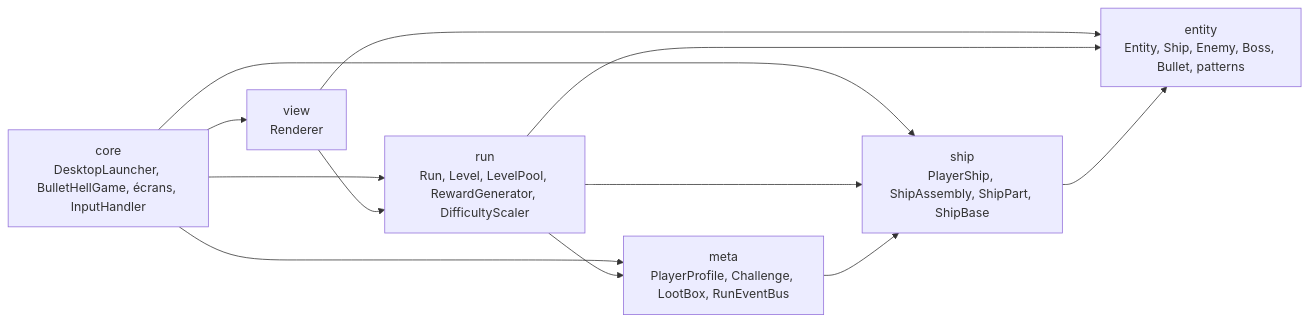
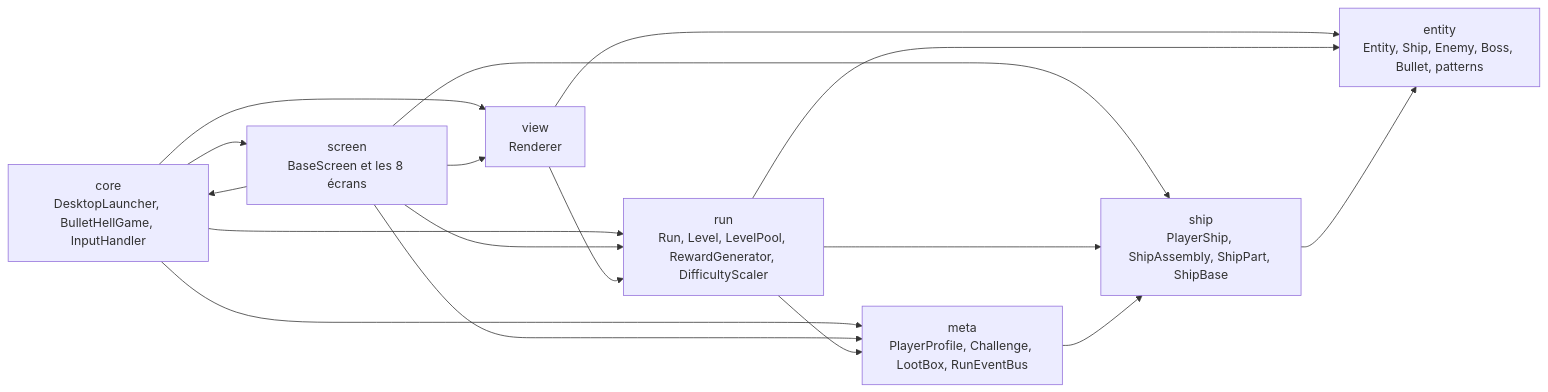
The second of 13 diagrams in content/2D-Game/ideas/pierre/Bullet hell roguelike - UML.md (Bisiaux-dev/public-vault), drawn with Mermaid before and after one commit. The commit also changed other lines of this file, not shown here.

Commit message:
vault: 2026-11-09 14:53

````diff
--- a/content/2D-Game/ideas/pierre/Bullet hell roguelike - UML.md
+++ b/content/2D-Game/ideas/pierre/Bullet hell roguelike - UML.md
@@ -38,14 +38,16 @@
 ```mermaid
 flowchart LR
-    core["core<br/>DesktopLauncher, BulletHellGame, écrans, InputHandler"]
+    core["core<br/>DesktopLauncher, BulletHellGame, InputHandler"]
+    screen["screen<br/>BaseScreen et les 8 écrans"]
     view["view<br/>Renderer"]
     run["run<br/>Run, Level, LevelPool, RewardGenerator, DifficultyScaler"]
     meta["meta<br/>PlayerProfile, Challenge, LootBox, RunEventBus"]
     ship["ship<br/>PlayerShip, ShipAssembly, ShipPart, ShipBase"]
     entity["entity<br/>Entity, Ship, Enemy, Boss, Bullet, patterns"]
-    core --> run & meta & view & ship
+    core --> screen & run & meta & view
+    screen --> core & run & meta & view & ship
     view --> entity & run
     run --> meta & ship & entity
     meta --> ship
     ship --> entity
 ```
````
